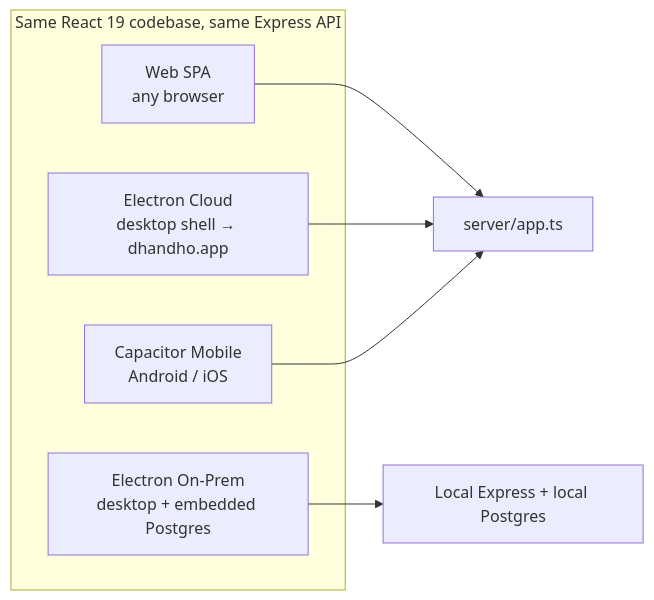
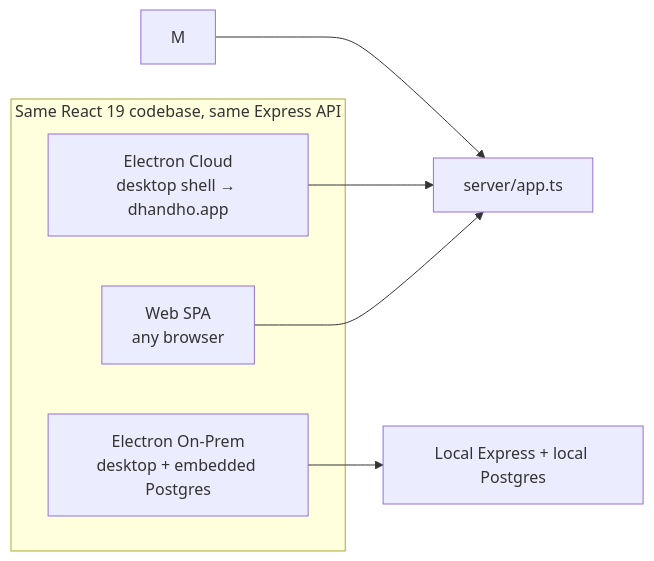
Before and after one commit to prathame/DG-ERP: the diagram in engineering-academy/docs/overview/business-goals.md, drawn with Mermaid. The commit also changed other lines of this file and 65 other files, not shown here.

````diff
--- a/engineering-academy/docs/overview/business-goals.md
+++ b/engineering-academy/docs/overview/business-goals.md
@@ -35,13 +34,12 @@
 ```mermaid
 flowchart LR
   subgraph "Same React 19 codebase, same Express API"
     W[Web SPA<br/>any browser]
     EC[Electron Cloud<br/>desktop shell → dhandho.app]
     EO[Electron On-Prem<br/>desktop + embedded Postgres]
-    M[Capacitor Mobile<br/>Android / iOS]
   end
   W --> API[server/app.ts]
   EC --> API
   M --> API
   EO --> LOCAL[Local Express + local Postgres]
 ```
````
